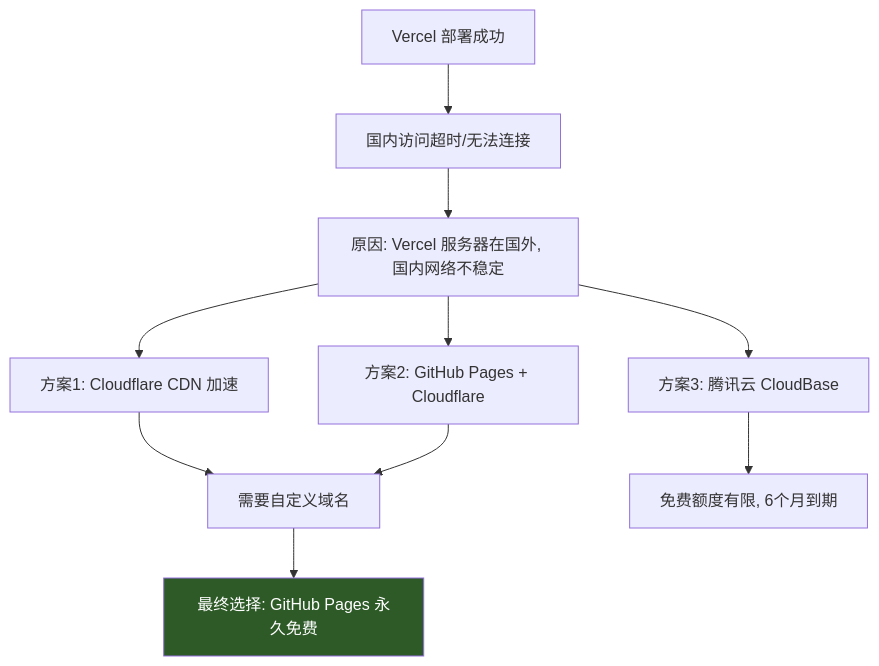
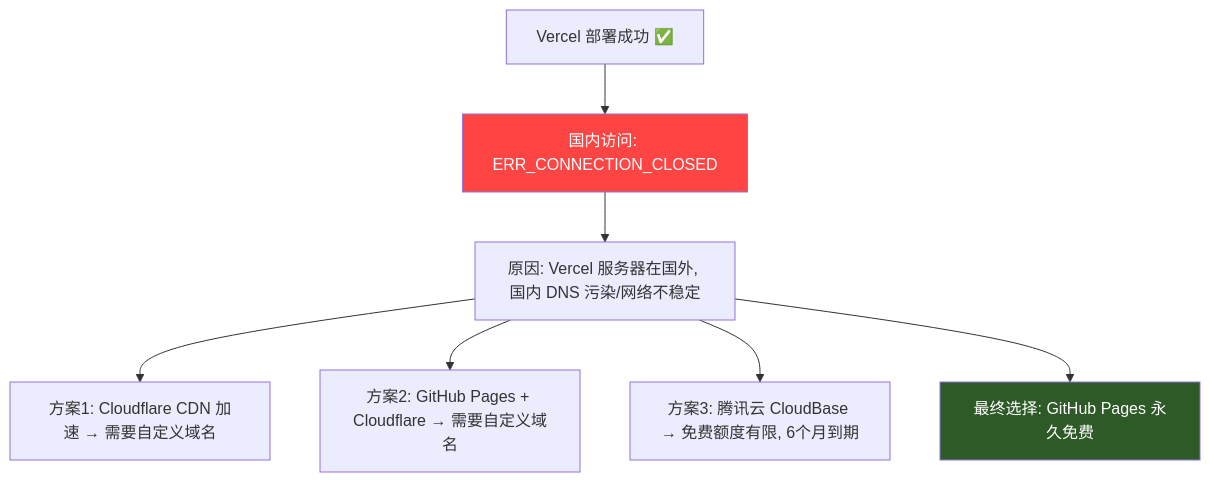
Diagram 15 of 20 in PROJECT_GUIDE.md (Easter127/trae), drawn with Mermaid before and after one commit. The commit also changed other lines of this file, not shown here.

Commit message:
Update PROJECT_GUIDE: add all 12 pitfalls with real error messages and mermaid diagrams

````diff
--- a/PROJECT_GUIDE.md
+++ b/PROJECT_GUIDE.md
@@ -471,16 +686,12 @@
 ```mermaid
 graph TD
-    A[Vercel 部署成功] --> B[国内访问超时/无法连接]
-    B --> C[原因: Vercel 服务器在国外, 国内网络不稳定]
-    C --> D[方案1: Cloudflare CDN 加速]
-    C --> E[方案2: GitHub Pages + Cloudflare]
-    C --> F[方案3: 腾讯云 CloudBase]
+    A["Vercel 部署成功 ✅"] --> B["国内访问: ERR_CONNECTION_CLOSED"]
+    B --> C["原因: Vercel 服务器在国外, 国内 DNS 污染/网络不稳定"]
+    C --> D["方案1: Cloudflare CDN 加速 → 需要自定义域名"]
+    C --> E["方案2: GitHub Pages + Cloudflare → 需要自定义域名"]
+    C --> F["方案3: 腾讯云 CloudBase → 免费额度有限, 6个月到期"]
+    C --> G["最终选择: GitHub Pages 永久免费"]
     
-    D --> G[需要自定义域名]
-    E --> G
-    F --> H[免费额度有限, 6个月到期]
-    
-    G --> I[最终选择: GitHub Pages 永久免费]
-    
-    style I fill:#2d5a27,color:#fff
+    style B fill:#ff4444,color:#fff
+    style G fill:#2d5a27,color:#fff
 ```
````
